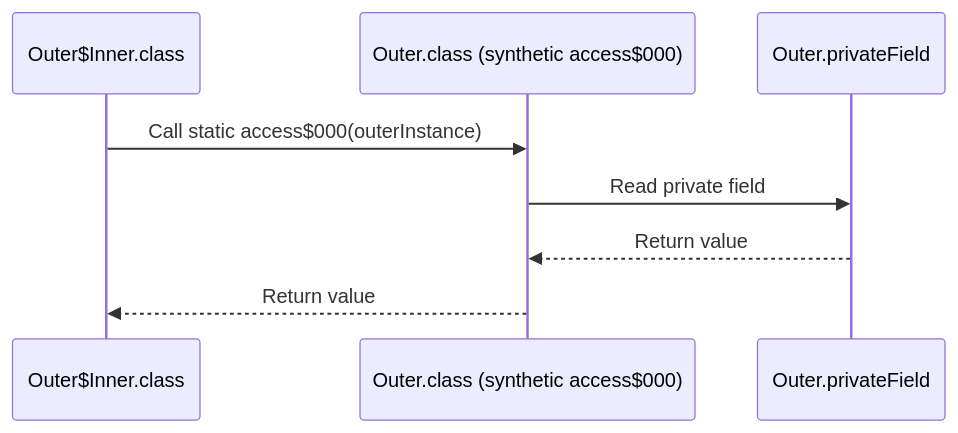
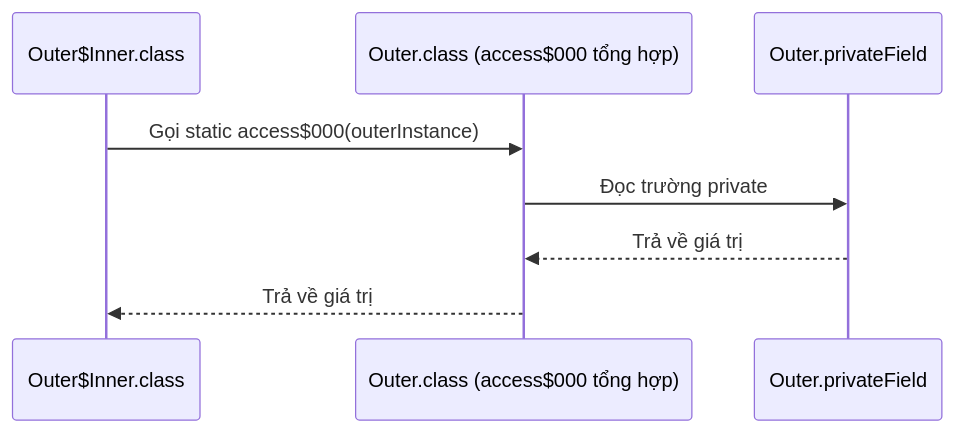
One commit to PhuThien2005/theoretical-of-java-core changed the third of 3 diagrams in vi/15-inner-nested-class/theory/01-nested-class-concepts.md. Above: the diagram before and after it, drawn with Mermaid. The commit also changed other lines of this file and 229 other files, not shown here.

````diff
--- a/vi/15-inner-nested-class/theory/01-nested-class-concepts.md
+++ b/vi/15-inner-nested-class/theory/01-nested-class-concepts.md
@@ -393,11 +371,11 @@
 ```mermaid
 sequenceDiagram
     participant Inner as Outer$Inner.class
-    participant Bridge as Outer.class (synthetic access$000)
+    participant Bridge as Outer.class (access$000 tổng hợp)
     participant PrivateField as Outer.privateField
     
-    Inner->>Bridge: Call static access$000(outerInstance)
-    Bridge->>PrivateField: Read private field
-    PrivateField-->>Bridge: Return value
-    Bridge-->>Inner: Return value
+    Inner->>Bridge: Gọi static access$000(outerInstance)
+    Bridge->>PrivateField: Đọc trường private
+    PrivateField-->>Bridge: Trả về giá trị
+    Bridge-->>Inner: Trả về giá trị
 ```
````
